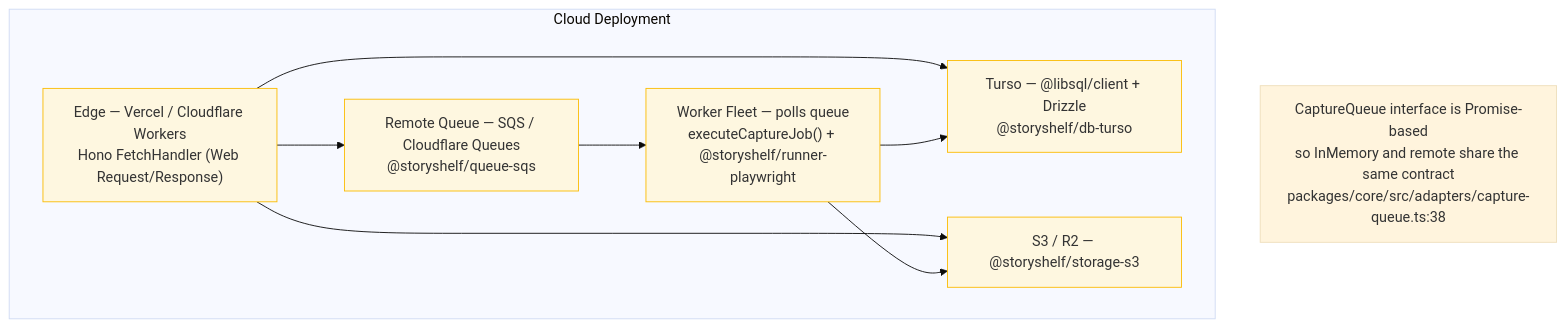
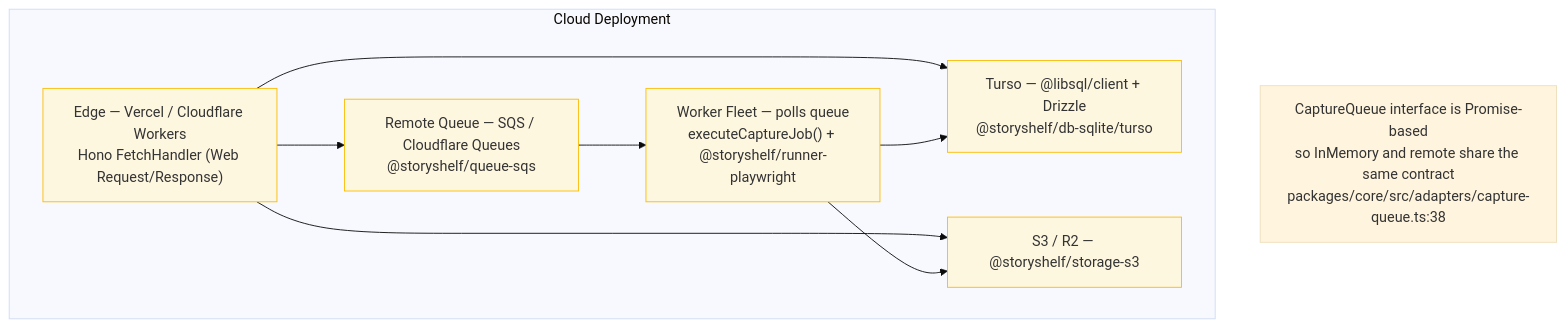
Before and after one commit to GuptaSiddhant/StoryShelf: diagram 15 of 18 in docs/architecture-diagrams.md, drawn with Mermaid (base theme). The commit also changed other lines of this file and 167 other files, not shown here.

````diff
--- a/docs/architecture-diagrams.md
+++ b/docs/architecture-diagrams.md
@@ -791,21 +789,21 @@
 ```mermaid
 flowchart TB
     subgraph Cloud["Cloud Deployment"]
         Edge["Edge — Vercel / Cloudflare Workers<br/>Hono FetchHandler (Web Request/Response)"]
-        Turso["Turso — @libsql/client + Drizzle<br/>@storyshelf/db-turso"]
+        Turso["Turso — @libsql/client + Drizzle<br/>@storyshelf/db-sqlite/turso"]
         S3["S3 / R2 — @storyshelf/storage-s3"]
         QRemote["Remote Queue — SQS / Cloudflare Queues<br/>@storyshelf/queue-sqs"]
         Worker["Worker Fleet — polls queue<br/>executeCaptureJob() + @storyshelf/runner-playwright"]
     end
 
     Edge --> Turso
     Edge --> S3
     Edge --> QRemote --> Worker
     Worker --> Turso
     Worker --> S3
 
     note2["CaptureQueue interface is Promise-based<br/>so InMemory and remote share the same contract<br/>packages/core/src/adapters/capture-queue.ts:38"]
 
     classDef cloud fill:#fef7e0,stroke:#fbbc04;
     class Edge,Turso,S3,QRemote,Worker cloud;
 ```
````
